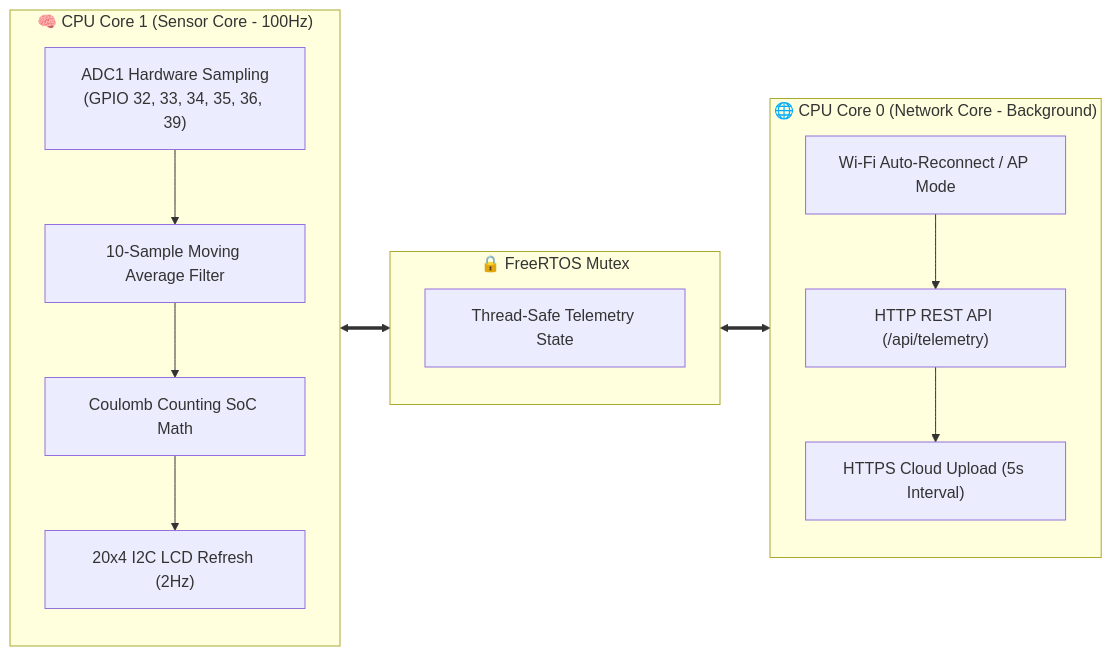
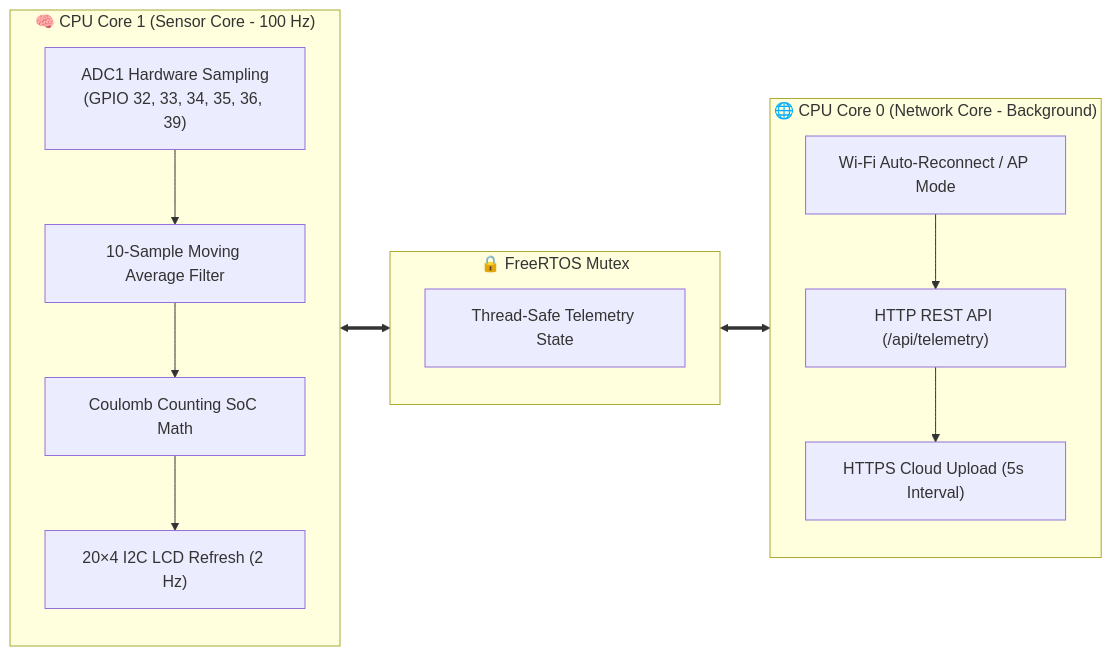
One commit to voltrabloom-source/voltrabloom-website changed the diagram in README.md. Above: the diagram before and after it, drawn with Mermaid. The commit also changed other lines of this file and 4 other files, not shown here.

````diff
--- a/README.md
+++ b/README.md
@@ -59,20 +59,20 @@
 ```mermaid
 flowchart LR
-    subgraph Core1["🧠 CPU Core 1 (Sensor Core - 100Hz)"]
+    subgraph Core1["🧠 CPU Core 1 (Sensor Core - 100 Hz)"]
         ADC["ADC1 Hardware Sampling\n(GPIO 32, 33, 34, 35, 36, 39)"]
         Filter["10-Sample Moving Average Filter"]
         Coulomb["Coulomb Counting SoC Math"]
-        LCD["20x4 I2C LCD Refresh (2Hz)"]
+        LCD["20×4 I2C LCD Refresh (2 Hz)"]
         ADC --> Filter --> Coulomb --> LCD
     end
     subgraph Mutex["🔒 FreeRTOS Mutex"]
         SharedState["Thread-Safe Telemetry State"]
     end
     subgraph Core0["🌐 CPU Core 0 (Network Core - Background)"]
         WiFiManager["Wi-Fi Auto-Reconnect / AP Mode"]
         REST["HTTP REST API (/api/telemetry)"]
         Supabase["HTTPS Cloud Upload (5s Interval)"]
         WiFiManager --> REST --> Supabase
     end
     Core1 <==> Mutex <==> Core0
 ```
````
